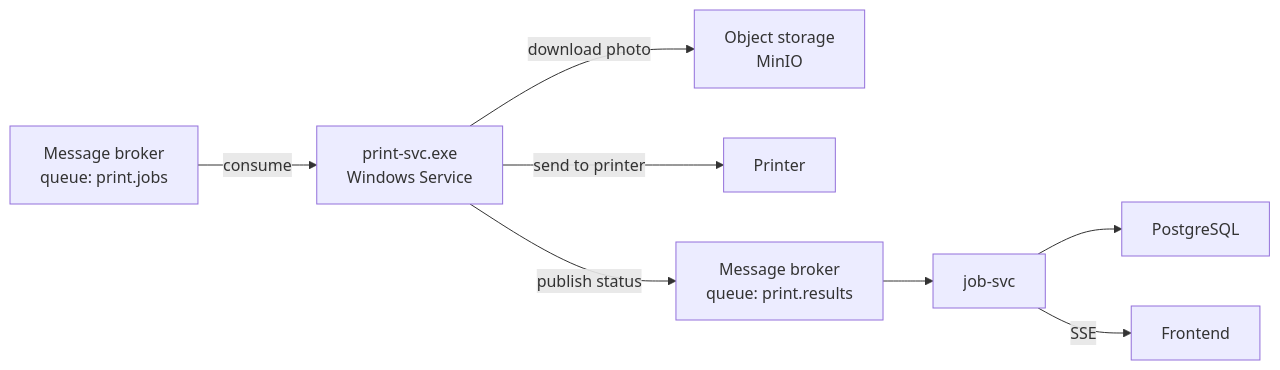
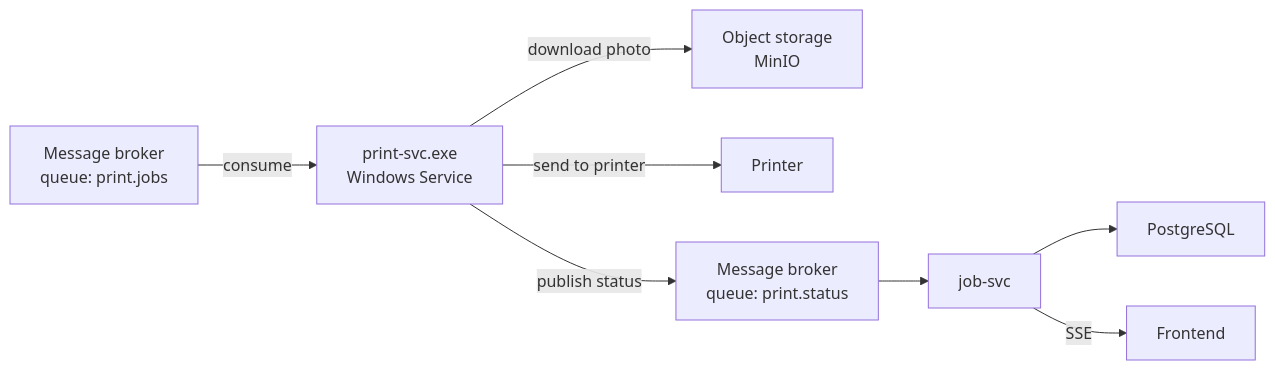
Before and after one commit to Association-Ephemere/print-svc: the diagram in README.md, drawn with Mermaid. The commit also changed other lines of this file, not shown here.

Commit message:
docs: sync README with current stand architecture

````diff
--- a/README.md
+++ b/README.md
@@ -7,19 +7,19 @@
 ```mermaid
 flowchart LR
     broker["Message broker\nqueue: print.jobs"]
     printsvc["print-svc.exe\nWindows Service"]
     storage["Object storage\nMinIO"]
     printer["Printer"]
-    results["Message broker\nqueue: print.results"]
+    results["Message broker\nqueue: print.status"]
     jobsvc["job-svc"]
     db["PostgreSQL"]
     frontend["Frontend"]
  
     broker -->|consume| printsvc
     printsvc -->|download photo| storage
     printsvc -->|send to printer| printer
     printsvc -->|publish status| results
     results --> jobsvc
     jobsvc --> db
     jobsvc -->|SSE| frontend
 ```
````
